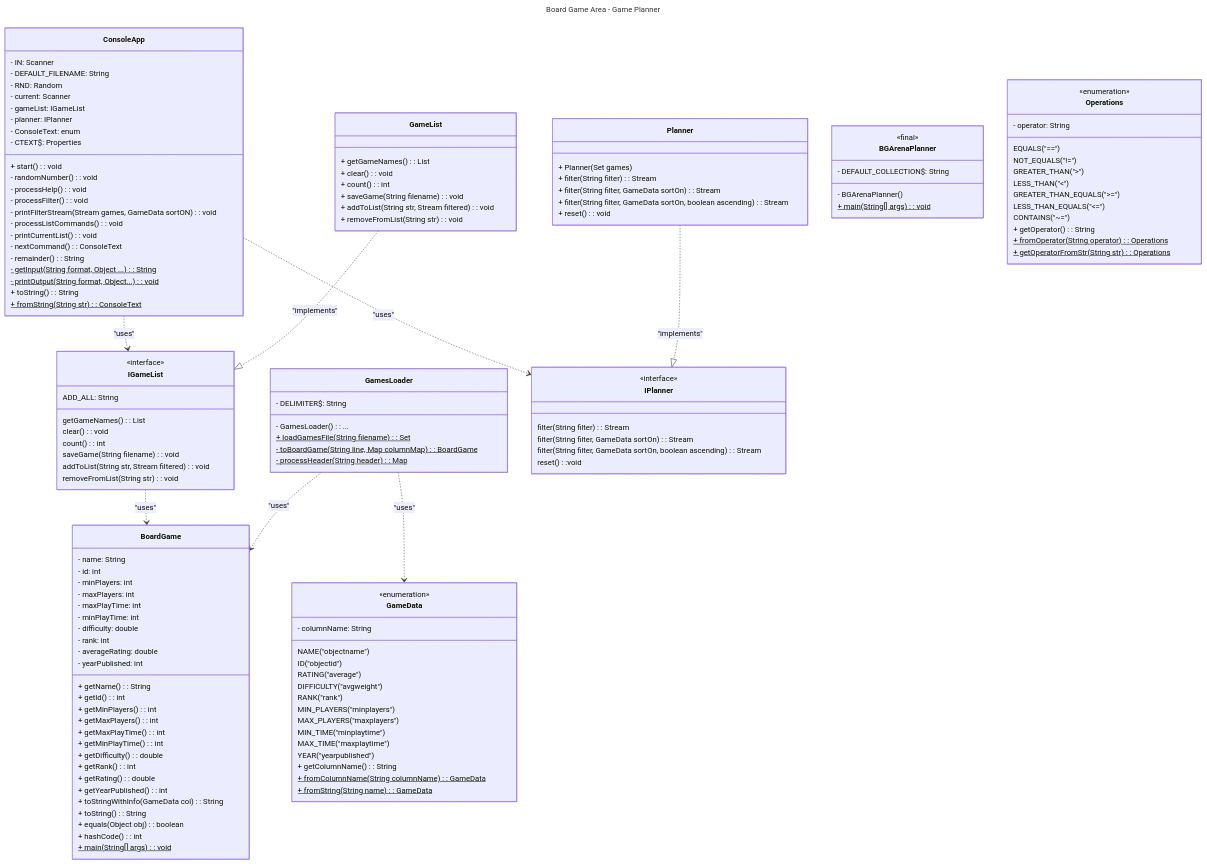
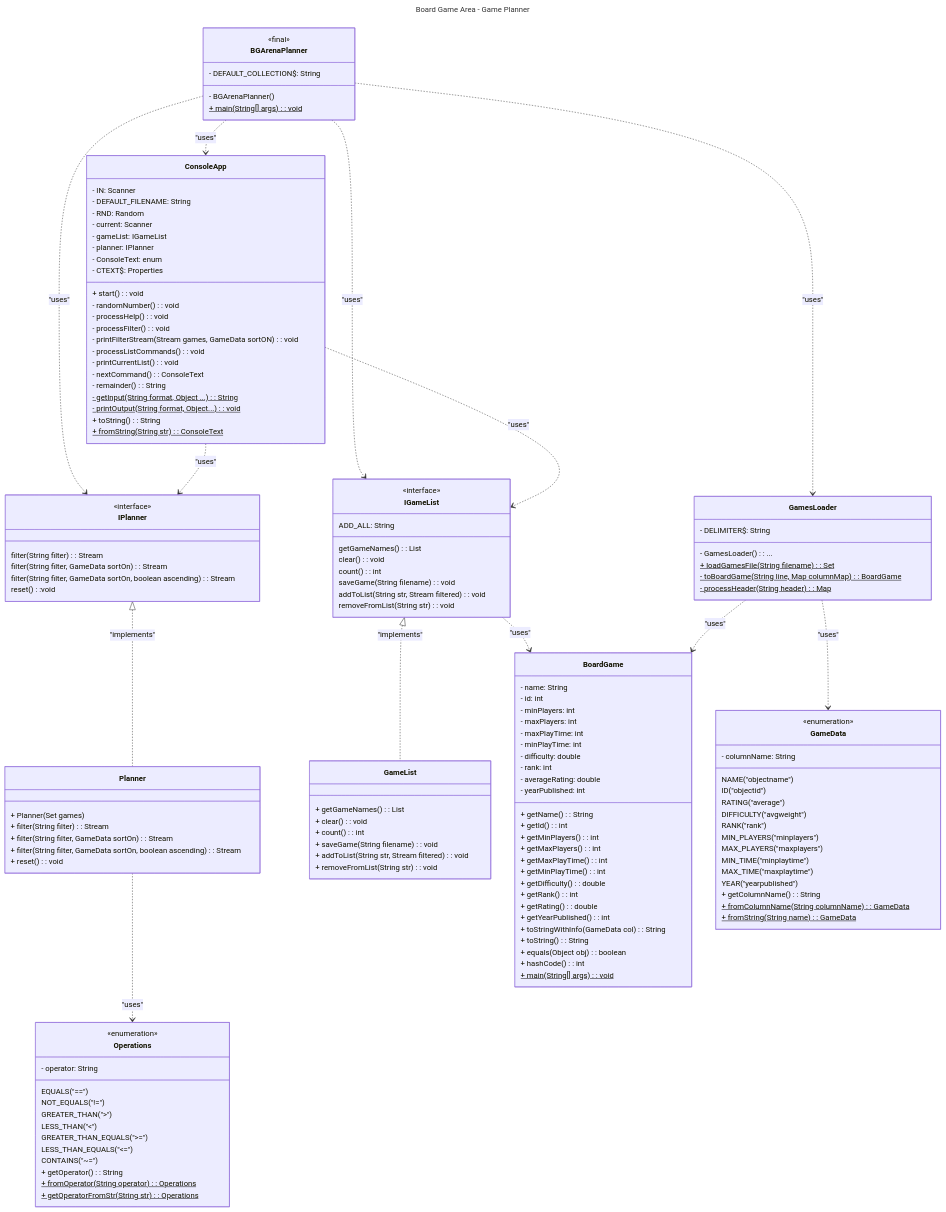
Before and after one commit to 5004-SEA-Fa24-Geeng/bg-arena-planner-lucyyyychen: the diagram in DesignDocument.md, drawn with Mermaid.

Commit message:
Modify Initial UML

```diff
--- a/DesignDocument.md
+++ b/DesignDocument.md
@@ -13,14 +13,24 @@
 title: Board Game Area - Game Planner
 ---
 classDiagram
+    BGArenaPlanner ..> IPlanner : "uses"
+    BGArenaPlanner ..> IGameList : "uses"
+    
+    BGArenaPlanner ..> GamesLoader : "uses"
+    BGArenaPlanner ..> ConsoleApp : "uses"
+    ConsoleApp ..> IGameList : "uses"
+    ConsoleApp ..> IPlanner : "uses"
+
+    IPlanner  <|.. Planner : "implements"
+    IGameList <|.. GameList : "implements"
+    
+    
     IGameList ..> BoardGame : "uses"
     GamesLoader ..> BoardGame : "uses"
-    ConsoleApp ..> IGameList : "uses"
-    ConsoleApp ..> IPlanner : "uses"
     GamesLoader ..> GameData : "uses"
     
-    GameList ..|> IGameList : "implements"
-    Planner ..|> IPlanner : "implements"
+
+    Planner ..> Operations : "uses" 
 
     class BoardGame{
         - name: String
```
